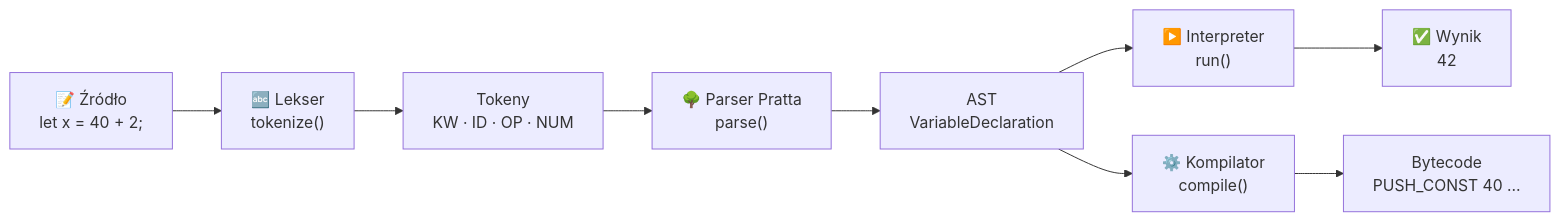
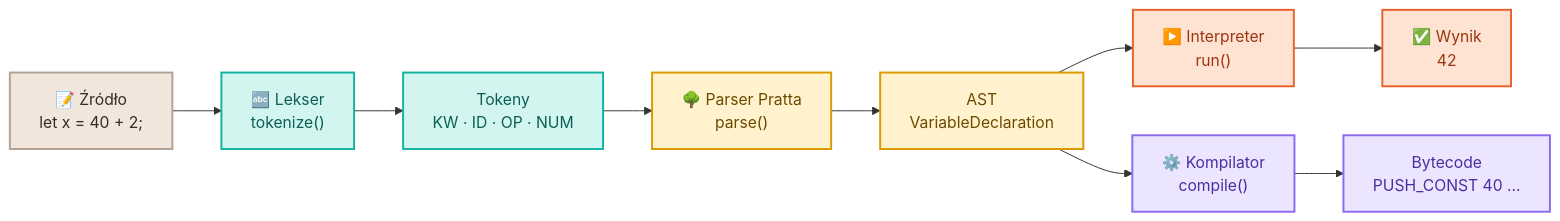
The diagram in Readme.md (chiddekel/rudi-js), drawn with Mermaid before and after one commit.

Commit message:
docs(rudi-js): color the architecture diagram with Rudi palette

````diff
--- a/Readme.md
+++ b/Readme.md
@@ -86,11 +86,22 @@
 ```mermaid
 flowchart LR
     SRC["📝 Źródło<br/>let x = 40 + 2;"] --> LEX["🔤 Lekser<br/>tokenize()"]
     LEX --> TOK["Tokeny<br/>KW · ID · OP · NUM"]
     TOK --> PAR["🌳 Parser Pratta<br/>parse()"]
     PAR --> AST["AST<br/>VariableDeclaration"]
     AST --> INT["▶️ Interpreter<br/>run()"]
     AST --> CMP["⚙️ Kompilator<br/>compile()"]
     CMP --> BC["Bytecode<br/>PUSH_CONST 40 …"]
     INT --> OUT["✅ Wynik<br/>42"]
+
+    classDef src fill:#F1E6DB,stroke:#B4A295,stroke-width:2px,color:#3A2A21
+    classDef lex fill:#D3F5F0,stroke:#14B3A2,stroke-width:2px,color:#0C5F56
+    classDef par fill:#FFF2CC,stroke:#DB9A00,stroke-width:2px,color:#6B4A00
+    classDef cmp fill:#ECE5FF,stroke:#8D6BEE,stroke-width:2px,color:#4A2FA0
+    classDef run fill:#FFE3D2,stroke:#E8622C,stroke-width:2px,color:#9C3510
+    class SRC src
+    class LEX,TOK lex
+    class PAR,AST par
+    class CMP,BC cmp
+    class INT,OUT run
 ```
````
